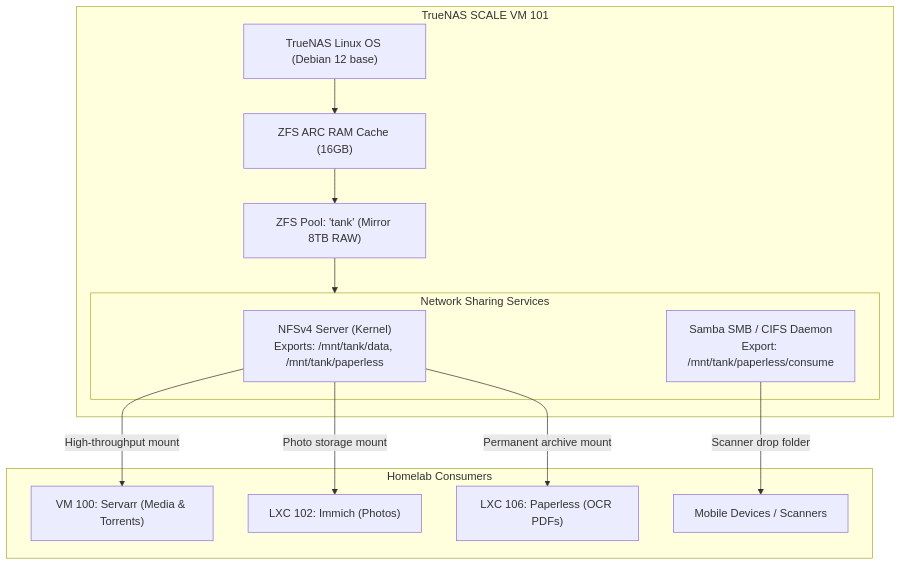
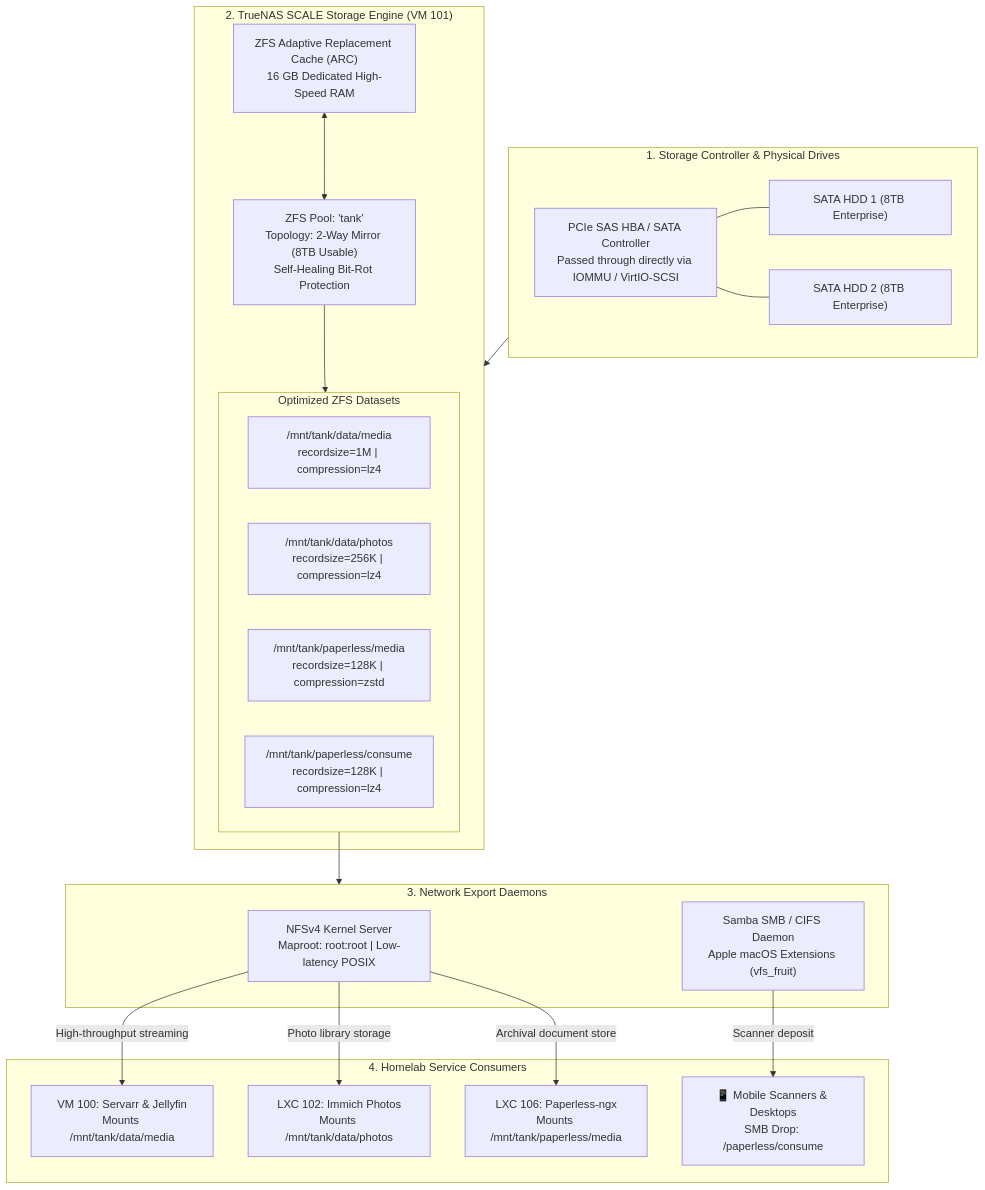
Before and after one commit to nishilshah/homelab-blueprints: the diagram in services/truenas-scale/README.md, drawn with Mermaid. The commit also changed other lines of this file and 12 other files, not shown here.

Commit message:
docs: enrich all service blueprints with deep architecture, cross-service linkages, and decision rationale

````diff
--- a/services/truenas-scale/README.md
+++ b/services/truenas-scale/README.md
@@ -23,28 +26,46 @@
 ```mermaid
 flowchart TD
-    subgraph VM101 ["TrueNAS SCALE VM 101"]
-        OS["TrueNAS Linux OS (Debian 12 base)"]
-        ARC["ZFS ARC RAM Cache (16GB)"]
-        Pool["ZFS Pool: 'tank' (Mirror 8TB RAW)"]
-        
-        subgraph Shares ["Network Sharing Services"]
-            NFS["NFSv4 Server (Kernel)<br/>Exports: /mnt/tank/data, /mnt/tank/paperless"]
-            SMB["Samba SMB / CIFS Daemon<br/>Export: /mnt/tank/paperless/consume"]
-        end
-
-        OS --> ARC --> Pool
-        Pool --> Shares
+    subgraph HardwarePassthrough ["1. Storage Controller & Physical Drives"]
+        HBA["PCIe SAS HBA / SATA Controller<br/>Passed through directly via IOMMU / VirtIO-SCSI"]
+        D1["SATA HDD 1 (8TB Enterprise)"]
+        D2["SATA HDD 2 (8TB Enterprise)"]
+        HBA --- D1
+        HBA --- D2
     end
 
-    subgraph Clients ["Homelab Consumers"]
-        VM100["VM 100: Servarr (Media & Torrents)"]
-        LXC102["LXC 102: Immich (Photos)"]
-        LXC106["LXC 106: Paperless (OCR PDFs)"]
-        Scanners["Mobile Devices / Scanners"]
+    subgraph TrueNAS_Core ["2. TrueNAS SCALE Storage Engine (VM 101)"]
+        Pool["ZFS Pool: 'tank'<br/>Topology: 2-Way Mirror (8TB Usable)<br/>Self-Healing Bit-Rot Protection"]
+        ARC["ZFS Adaptive Replacement Cache (ARC)<br/>16 GB Dedicated High-Speed RAM"]
+        
+        subgraph Datasets ["Optimized ZFS Datasets"]
+            DS_Media["/mnt/tank/data/media<br/>recordsize=1M | compression=lz4"]
+            DS_Photos["/mnt/tank/data/photos<br/>recordsize=256K | compression=lz4"]
+            DS_Paperless["/mnt/tank/paperless/media<br/>recordsize=128K | compression=zstd"]
+            DS_Consume["/mnt/tank/paperless/consume<br/>recordsize=128K | compression=lz4"]
+        end
+        
+        Pool --> Datasets
+        ARC <--> Pool
     end
 
-    NFS -->|High-throughput mount| VM100
-    NFS -->|Photo storage mount| LXC102
-    NFS -->|Permanent archive mount| LXC106
-    SMB -->|Scanner drop folder| Scanners
+    HardwarePassthrough --> TrueNAS_Core
+
+    subgraph SharingServices ["3. Network Export Daemons"]
+        NFS["NFSv4 Kernel Server<br/>Maproot: root:root | Low-latency POSIX"]
+        SMB["Samba SMB / CIFS Daemon<br/>Apple macOS Extensions (vfs_fruit)"]
+    end
+
+    Datasets --> SharingServices
+
+    subgraph HomelabClients ["4. Homelab Service Consumers"]
+        VM100["VM 100: Servarr & Jellyfin<br/>Mounts /mnt/tank/data/media"]
+        LXC102["LXC 102: Immich Photos<br/>Mounts /mnt/tank/data/photos"]
+        LXC106["LXC 106: Paperless-ngx<br/>Mounts /mnt/tank/paperless/media"]
+        Scanners["📱 Mobile Scanners & Desktops<br/>SMB Drop: /paperless/consume"]
+    end
+
+    NFS -->|High-throughput streaming| VM100
+    NFS -->|Photo library storage| LXC102
+    NFS -->|Archival document store| LXC106
+    SMB -->|Scanner deposit| Scanners
 ```
````
